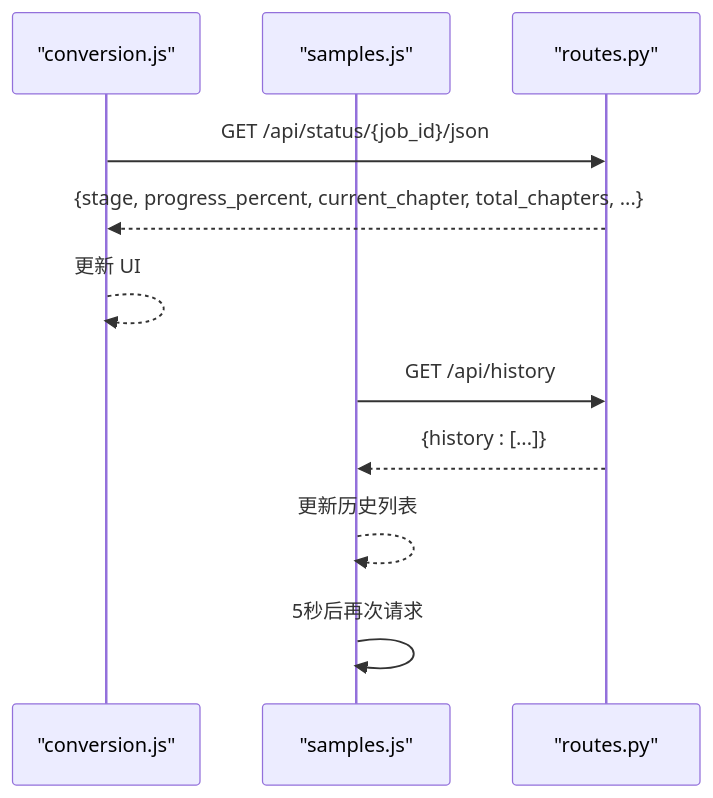
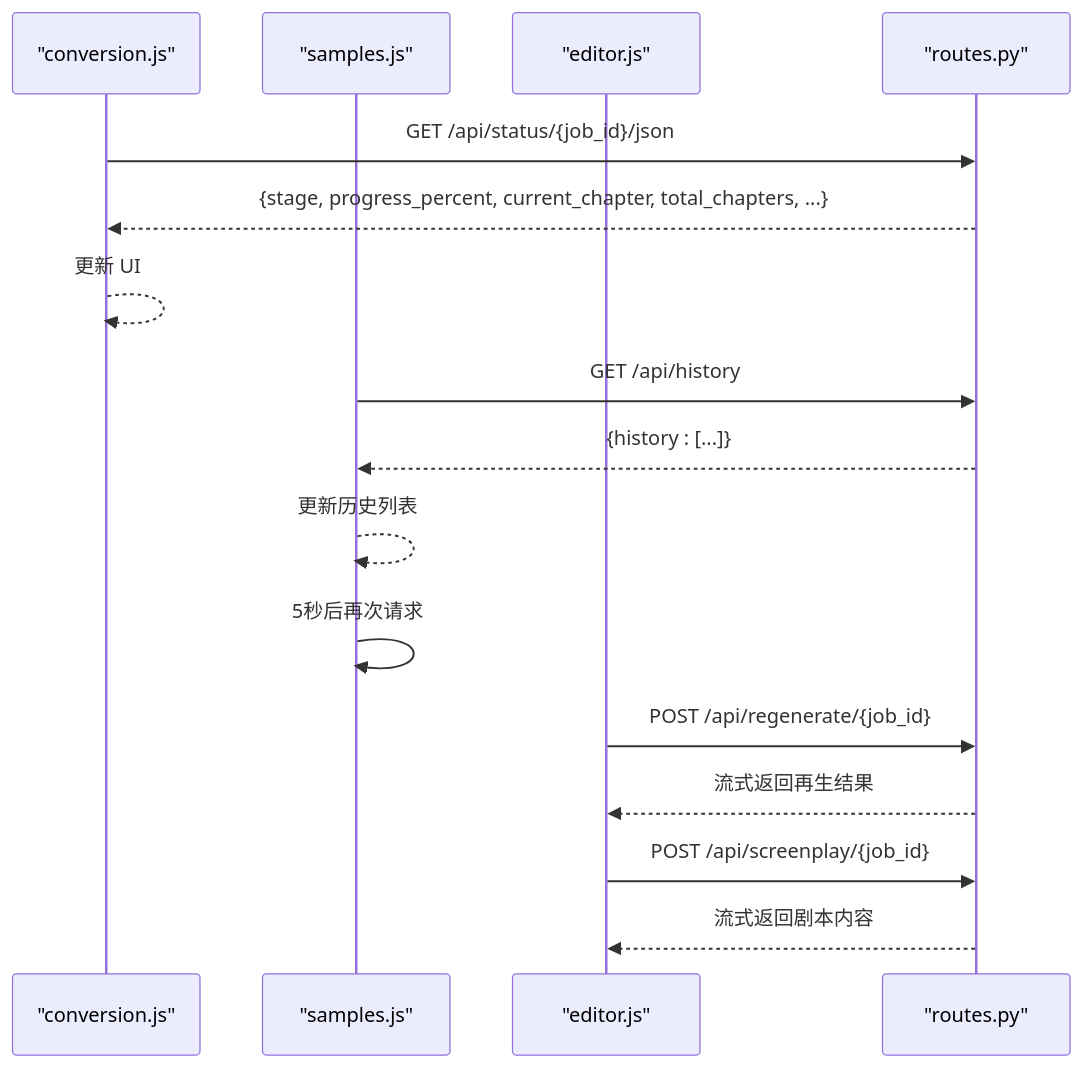
Before and after one commit to tjujingzong/Novel-to-Screenplay: the ninth of 10 diagrams in .qoder/repowiki/zh/content/前端界面/前端界面.md, drawn with Mermaid. The commit also changed other lines of this file and 21 other files, not shown here.

````diff
--- a/.qoder/repowiki/zh/content/前端界面/前端界面.md
+++ b/.qoder/repowiki/zh/content/前端界面/前端界面.md
@@ -416,13 +499,18 @@
 ```mermaid
 sequenceDiagram
 participant C as "conversion.js"
 participant H as "samples.js"
+participant E as "editor.js"
 participant API as "routes.py"
 C->>API : GET /api/status/{job_id}/json
 API-->>C : {stage, progress_percent, current_chapter, total_chapters, ...}
 C-->>C : 更新 UI
 H->>API : GET /api/history
 API-->>H : {history : [...]}
 H-->>H : 更新历史列表
 H->>H : 5秒后再次请求
+E->>API : POST /api/regenerate/{job_id}
+API-->>E : 流式返回再生结果
+E->>API : POST /api/screenplay/{job_id}
+API-->>E : 流式返回剧本内容
 ```
````
